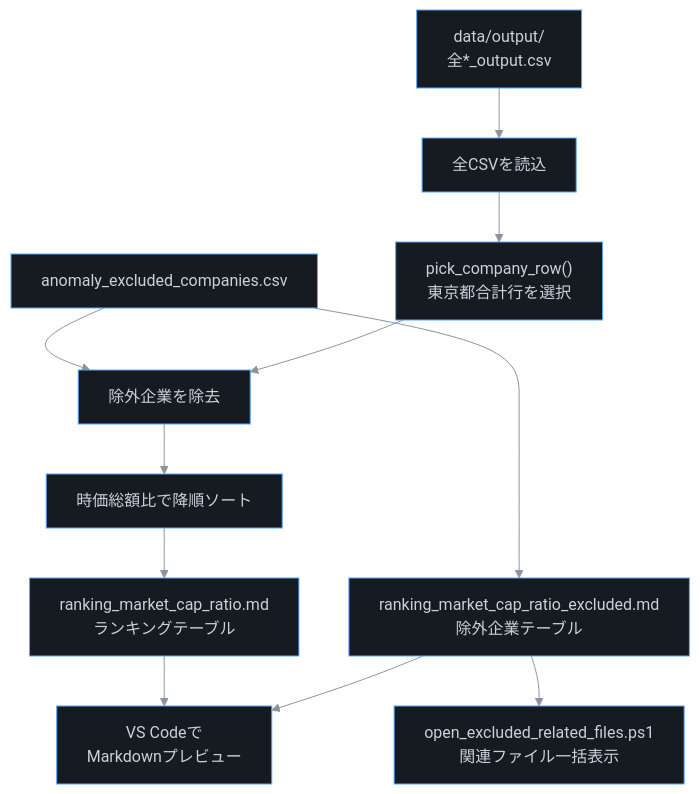
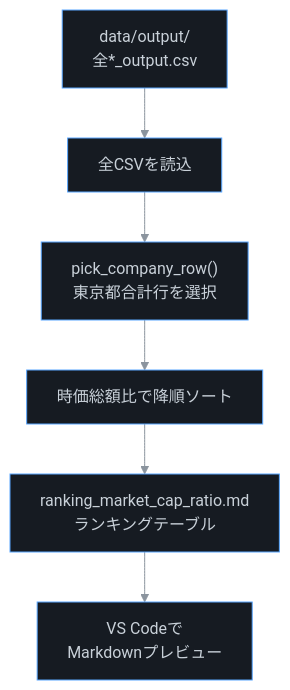
The tenth of 12 diagrams in docs/ARCHITECTURE.md (expgolemclone/land_value_research), drawn with Mermaid before and after one commit. The commit also changed other lines of this file and 5 other files, not shown here.

First line of the commit message:
Stop excluding companies with critical anomalies from ranking

````diff
--- a/docs/ARCHITECTURE.md
+++ b/docs/ARCHITECTURE.md
@@ -527,25 +520,17 @@
 ```mermaid
 %%{init: {"theme":"base","themeVariables":{"background":"#0d1117","primaryColor":"#161b22","primaryTextColor":"#c9d1d9","primaryBorderColor":"#58a6ff","secondaryColor":"#21262d","tertiaryColor":"#30363d","lineColor":"#8b949e","clusterBkg":"#0d1117","clusterBorder":"#30363d"}}}%%
 flowchart TD
     INPUT["data/output/<br>全*_output.csv"]
-    EXCL["anomaly_excluded_companies.csv"]
 
     LOAD["全CSVを読込"]
     PICK["pick_company_row()<br>東京都合計行を選択"]
-    FILTER["除外企業を除去"]
     SORT["時価総額比で降順ソート"]
 
     RANK_MD["ranking_market_cap_ratio.md<br>ランキングテーブル"]
-    EXCL_MD["ranking_market_cap_ratio_excluded.md<br>除外企業テーブル"]
-    PS1["open_excluded_related_files.ps1<br>関連ファイル一括表示"]
     VSCODE["VS Codeで<br>Markdownプレビュー"]
 
     INPUT --> LOAD
-    EXCL --> FILTER
-    LOAD --> PICK --> FILTER --> SORT
+    LOAD --> PICK --> SORT
     SORT --> RANK_MD
-    EXCL --> EXCL_MD
-    EXCL_MD --> PS1
     RANK_MD --> VSCODE
-    EXCL_MD --> VSCODE
 ```
````
